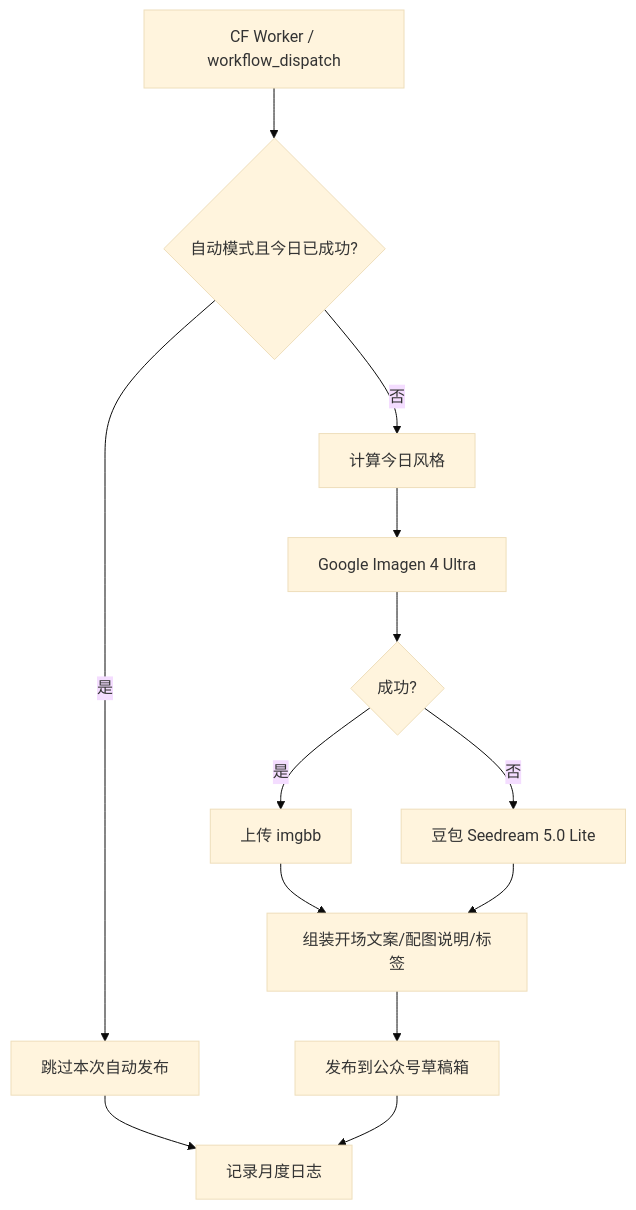
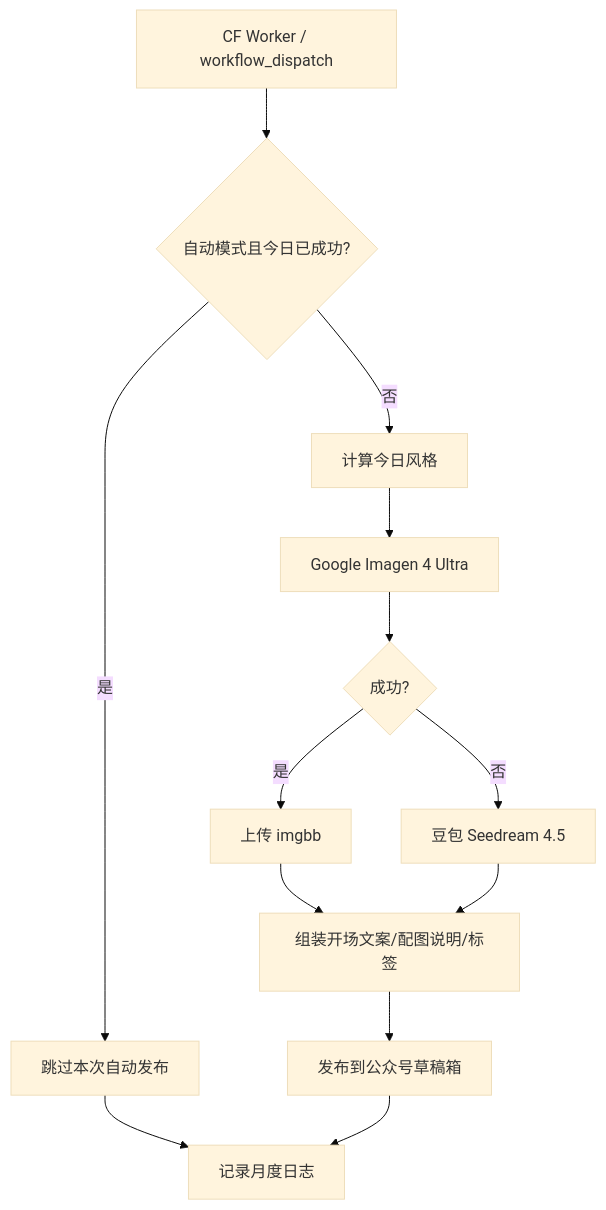
The diagram in WORKFLOW.md (lairulan/beauty-generator), drawn with Mermaid (base theme) before and after one commit. The commit also changed other lines of this file and 8 other files, not shown here.

````diff
--- a/WORKFLOW.md
+++ b/WORKFLOW.md
@@ -33,15 +33,15 @@
 ```mermaid
 flowchart TD
   A[CF Worker / workflow_dispatch] --> B{自动模式且今日已成功?}
   B -->|是| C[跳过本次自动发布]
   B -->|否| D[计算今日风格]
   D --> E[Google Imagen 4 Ultra]
   E --> F{成功?}
   F -->|是| G[上传 imgbb]
-  F -->|否| H[豆包 Seedream 5.0 Lite]
+  F -->|否| H[豆包 Seedream 4.5]
   G --> I[组装开场文案/配图说明/标签]
   H --> I
   I --> J[发布到公众号草稿箱]
   C --> K[记录月度日志]
   J --> K
 ```
````
